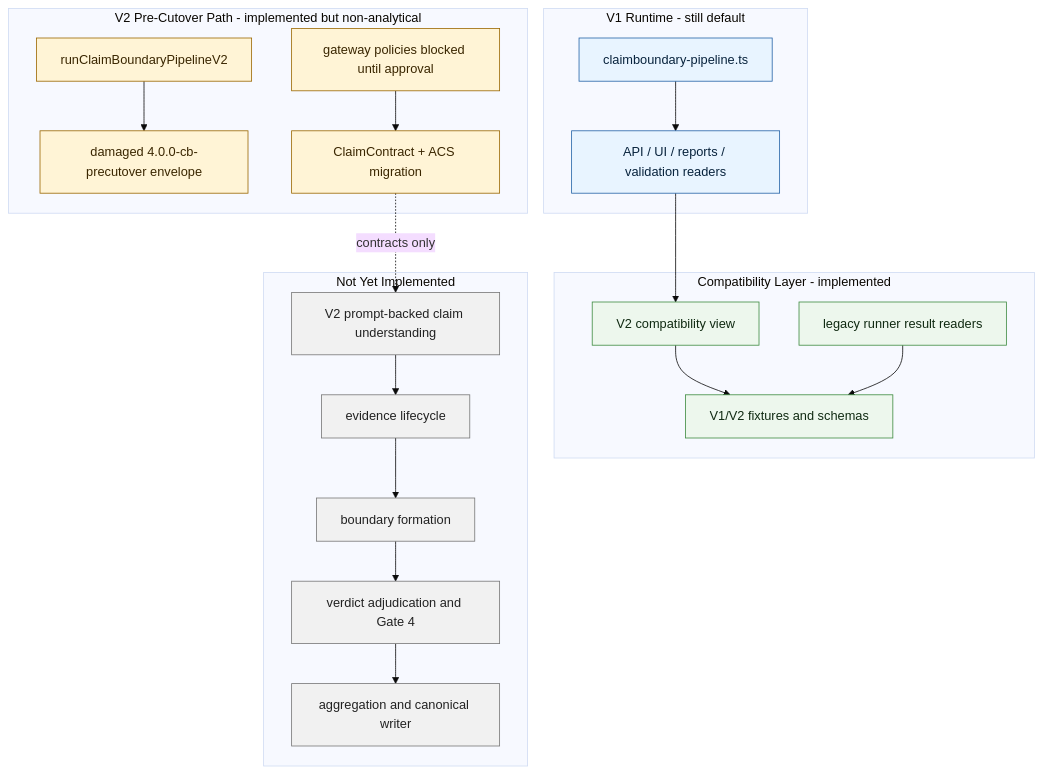
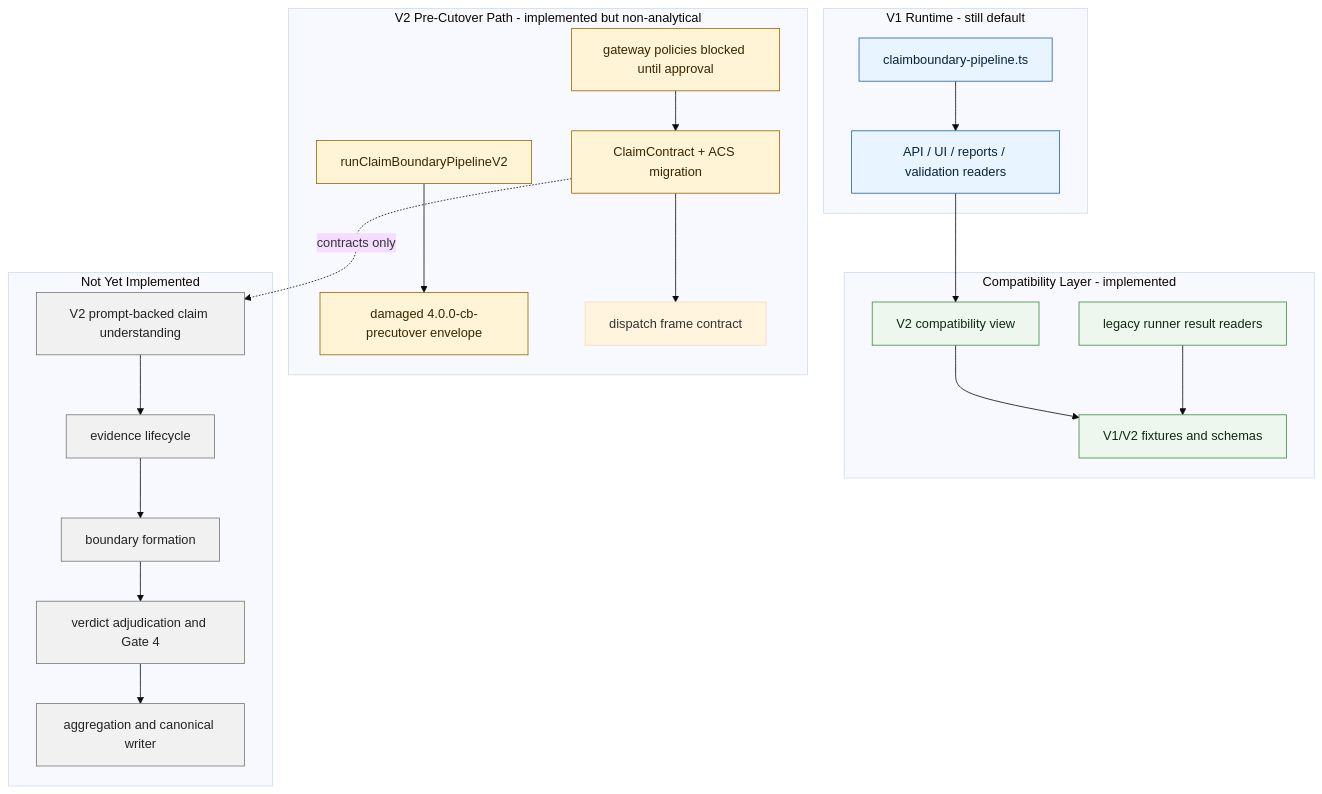
One commit to robertschaub/FactHarbor changed the second of 8 diagrams in Docs/WIP/2026-05-12_Pipeline_Rebuild_Target_Specification_Draft.md. Above: the diagram before and after it, drawn with Mermaid (base theme). The commit also changed other lines of this file and 7 other files, not shown here.

Commit message:
docs: record v2 dispatch frame slice

````diff
--- a/Docs/WIP/2026-05-12_Pipeline_Rebuild_Target_Specification_Draft.md
+++ b/Docs/WIP/2026-05-12_Pipeline_Rebuild_Target_Specification_Draft.md
@@ -89,46 +95,48 @@
 ```mermaid
 flowchart TB
   subgraph "V1 Runtime - still default"
     V1["claimboundary-pipeline.ts"]
     API["API / UI / reports / validation readers"]
   end
 
   subgraph "Compatibility Layer - implemented"
     CV["V2 compatibility view"]
     RR["legacy runner result readers"]
     FX["V1/V2 fixtures and schemas"]
   end
 
   subgraph "V2 Pre-Cutover Path - implemented but non-analytical"
     ENTRY["runClaimBoundaryPipelineV2"]
     ENV["damaged 4.0.0-cb-precutover envelope"]
     GW["gateway policies blocked until approval"]
     CU["ClaimContract + ACS migration"]
+    DF["dispatch frame contract"]
   end
 
   subgraph "Not Yet Implemented"
     LLM["V2 prompt-backed claim understanding"]
     EV["evidence lifecycle"]
     CAB["boundary formation"]
     VER["verdict adjudication and Gate 4"]
     AGG["aggregation and canonical writer"]
   end
 
   API --> CV
   CV --> FX
   RR --> FX
   ENTRY --> ENV
   GW --> CU
+  CU --> DF
   CU -. "contracts only" .-> LLM
   LLM --> EV --> CAB --> VER --> AGG
   V1 --> API
 
   classDef live fill:#e8f4ff,stroke:#2463a7,color:#08233d
   classDef adapter fill:#edf7ed,stroke:#3d8b40,color:#102a12
   classDef offline fill:#fff4d6,stroke:#9a6700,color:#3a2600
   classDef future fill:#f1f1f1,stroke:#777,color:#222
   class V1,API live
   class CV,RR,FX adapter
   class ENTRY,ENV,GW,CU offline
   class LLM,EV,CAB,VER,AGG future
 ```
````
